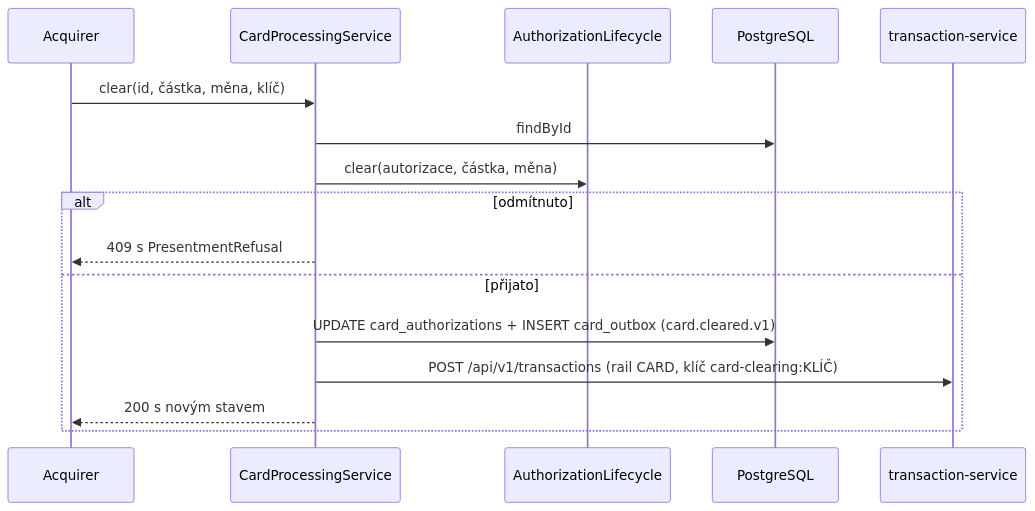
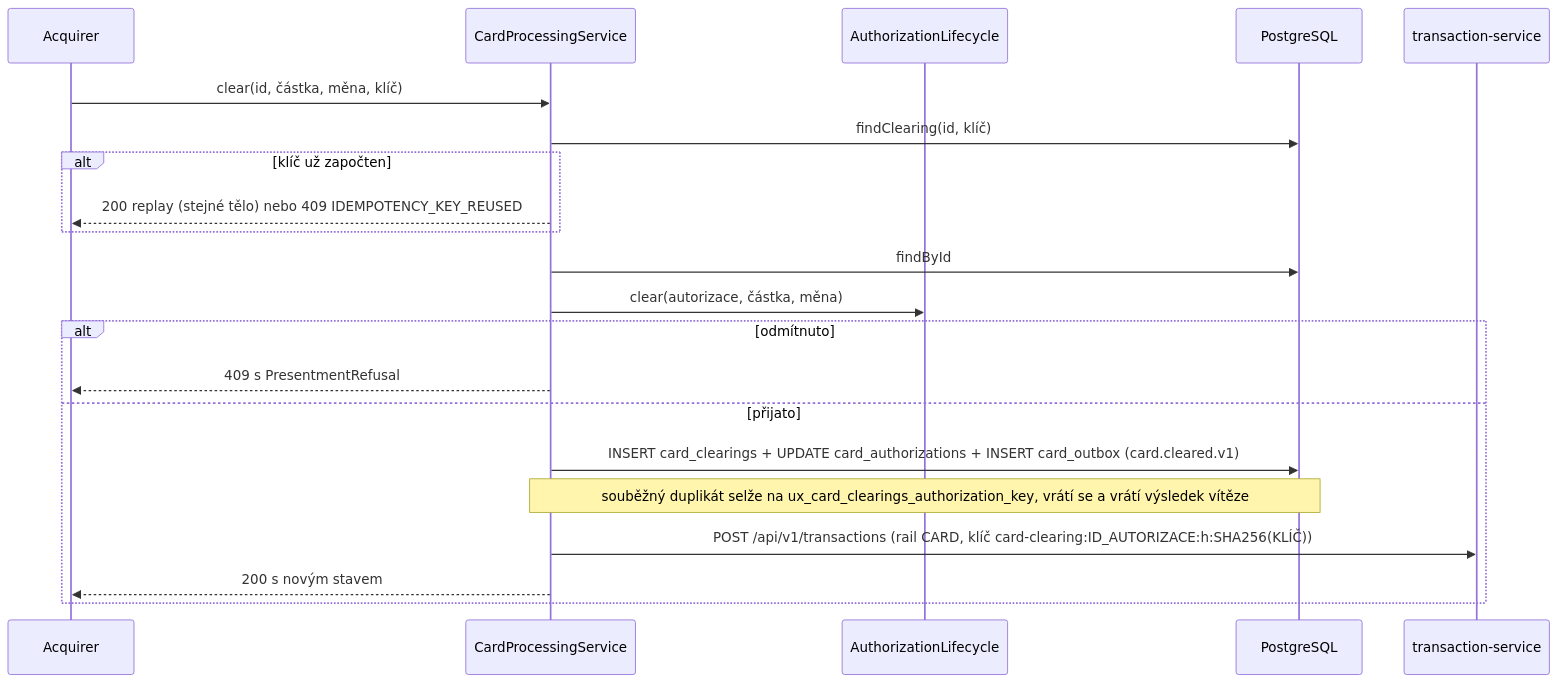
The fourth of 6 diagrams in openbank-card-processing-service/src/main/resources/docs/02-architecture.cs.md (JiRaska/open-bank-oss), drawn with Mermaid before and after one commit. The commit also changed other lines of this file and 25 other files, not shown here.

First line of the commit message:
fix(card-processing): apply each clearing once per key (#11990)

````diff
--- a/openbank-card-processing-service/src/main/resources/docs/02-architecture.cs.md
+++ b/openbank-card-processing-service/src/main/resources/docs/02-architecture.cs.md
@@ -123,19 +123,24 @@
 ```mermaid
 sequenceDiagram
   participant A as Acquirer
   participant S as CardProcessingService
   participant L as AuthorizationLifecycle
   participant DB as PostgreSQL
   participant T as transaction-service
 
   A->>S: clear(id, částka, měna, klíč)
+  S->>DB: findClearing(id, klíč)
+  alt klíč už započten
+    S-->>A: 200 replay (stejné tělo) nebo 409 IDEMPOTENCY_KEY_REUSED
+  end
   S->>DB: findById
   S->>L: clear(autorizace, částka, měna)
   alt odmítnuto
     S-->>A: 409 s PresentmentRefusal
   else přijato
-    S->>DB: UPDATE card_authorizations + INSERT card_outbox (card.cleared.v1)
-    S->>T: POST /api/v1/transactions (rail CARD, klíč card-clearing:KLÍČ)
+    S->>DB: INSERT card_clearings + UPDATE card_authorizations + INSERT card_outbox (card.cleared.v1)
+    Note over S,DB: souběžný duplikát selže na ux_card_clearings_authorization_key, vrátí se a vrátí výsledek vítěze
+    S->>T: POST /api/v1/transactions (rail CARD, klíč card-clearing:ID_AUTORIZACE:h:SHA256(KLÍČ))
     S-->>A: 200 s novým stavem
   end
 ```
````
